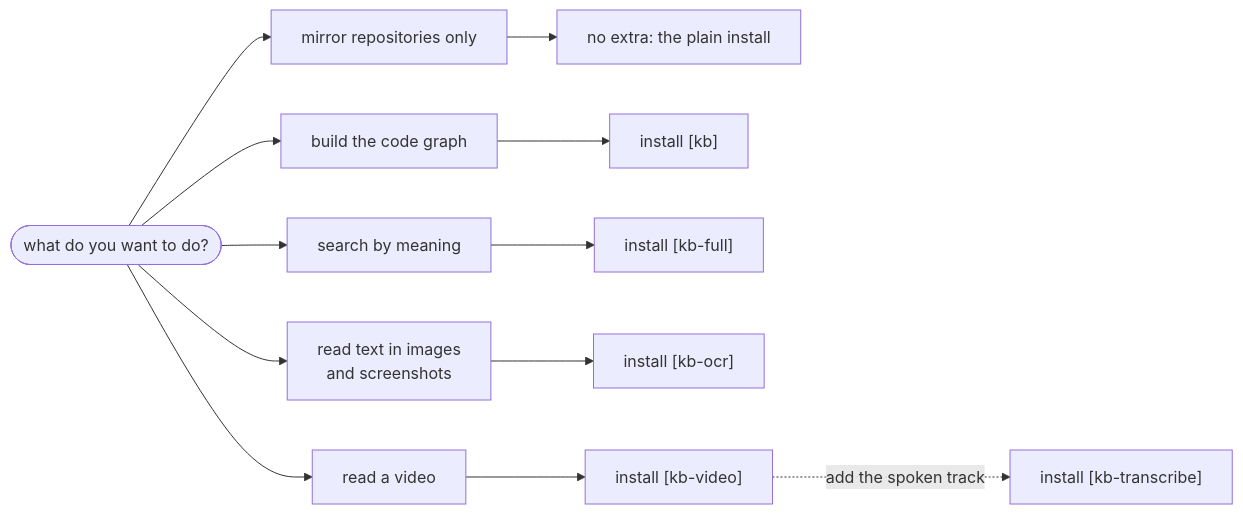
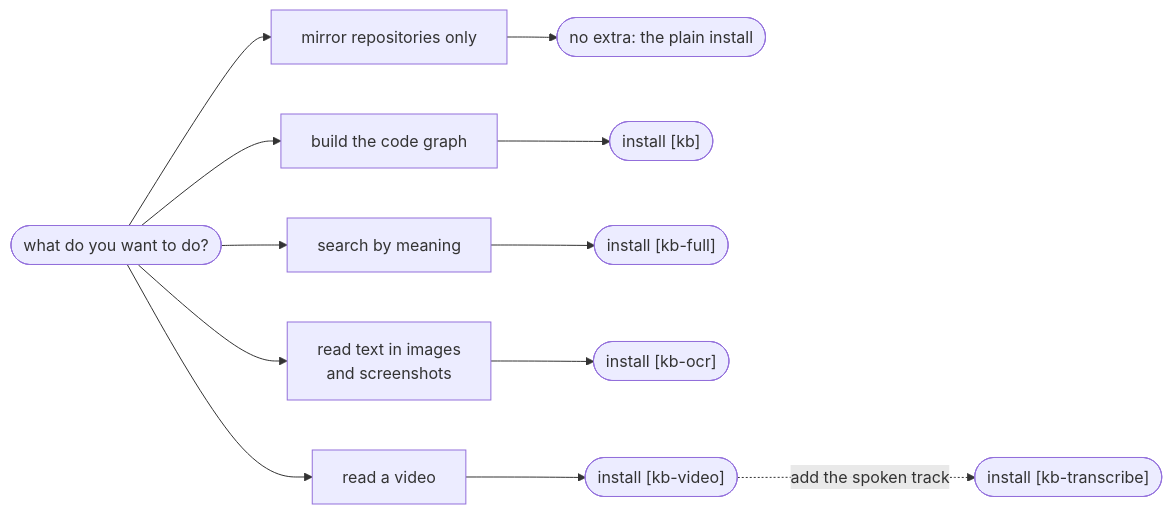
The second of 2 diagrams in docs/installing.md (sayak-sarkar/contextlake), drawn with Mermaid before and after one commit. The commit also changed other lines of this file, not shown here.

Commit message:
docs(install): match the decision chart's legend to its shapes
The legend said a rectangle is an install choice and a rounded box is a start or an end point,
but the install results were rectangles too. The results are now rounded end points, and the
legend says a rectangle is a goal and a rounded box is the question or the extra to install.

````diff
--- a/docs/installing.md
+++ b/docs/installing.md
@@ -82,14 +82,14 @@
 ```mermaid
 flowchart LR
   G(["what do you want to do?"]) --> M["mirror repositories only"]
   G --> CG["build the code graph"]
   G --> SS["search by meaning"]
   G --> OC["read text in images<br/>and screenshots"]
   G --> VD["read a video"]
-  M --> N["no extra: the plain install"]
-  CG --> KB["install [kb]"]
-  SS --> KF["install [kb-full]"]
-  OC --> KO["install [kb-ocr]"]
-  VD --> KV["install [kb-video]"]
-  KV -.->|"add the spoken track"| KT["install [kb-transcribe]"]
+  M --> N(["no extra: the plain install"])
+  CG --> KB(["install [kb]"])
+  SS --> KF(["install [kb-full]"])
+  OC --> KO(["install [kb-ocr]"])
+  VD --> KV(["install [kb-video]"])
+  KV -.->|"add the spoken track"| KT(["install [kb-transcribe]"])
 ```
````
